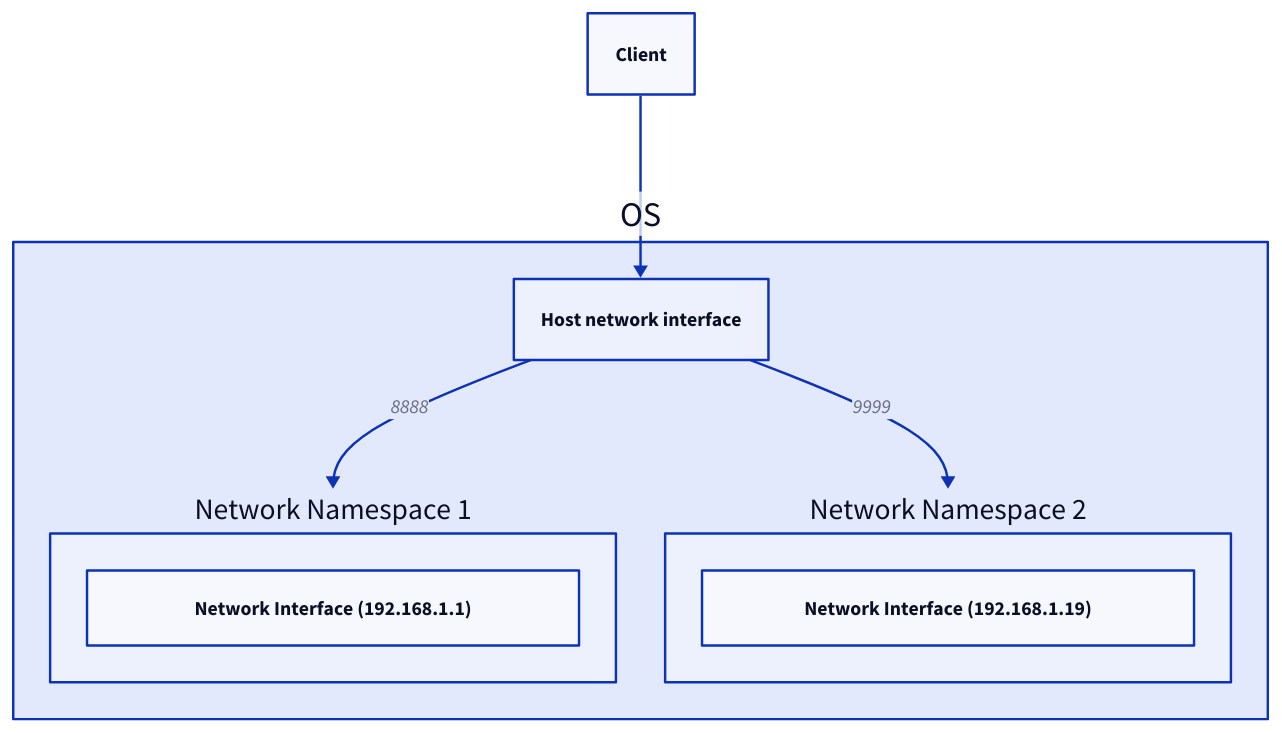
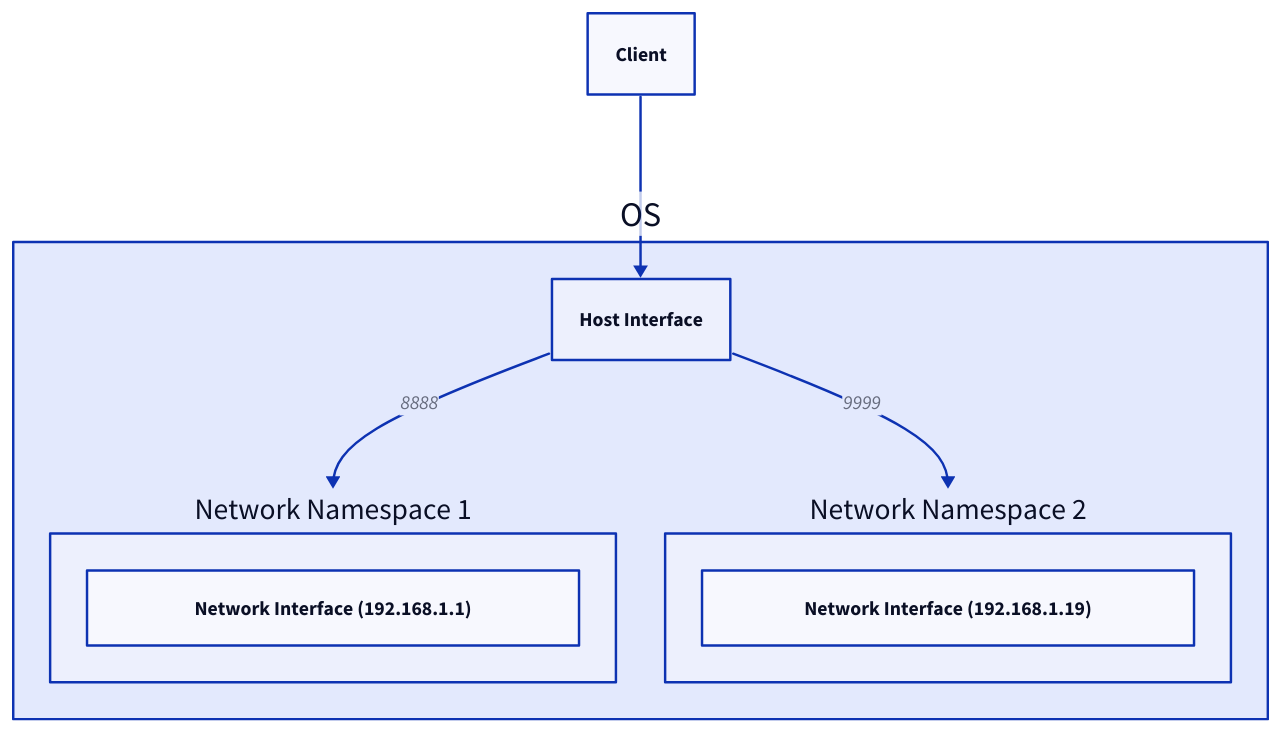
One commit to link1905/system-design-101 changed diagram 13 of 26 in content/docs/system-administration/system-deployment/containerization.md. Above: the diagram before and after it, drawn with D2. The commit also changed other lines of this file and 21 other files, not shown here.

````diff
--- a/content/docs/system-administration/system-deployment/containerization.md
+++ b/content/docs/system-administration/system-deployment/containerization.md
@@ -409,25 +434,25 @@
 ```d2
 OS {
     ns1: "Network Namespace 1" {
         ni: "Network Interface (192.168.1.1)" {
             class: ni
             width: 400
         }
     }
     ns2: "Network Namespace 2" {
         ni: "Network Interface (192.168.1.19)" {
             class: ni
             width: 400
         }
     }
-    b: Host network interface {
+    b: Host Interface {
         class: ni
     }
     b -> ns1: 8888
     b -> ns2: 9999
 }
 c: Client {
     class: client
 }
 c -> OS.b
 ```
````
